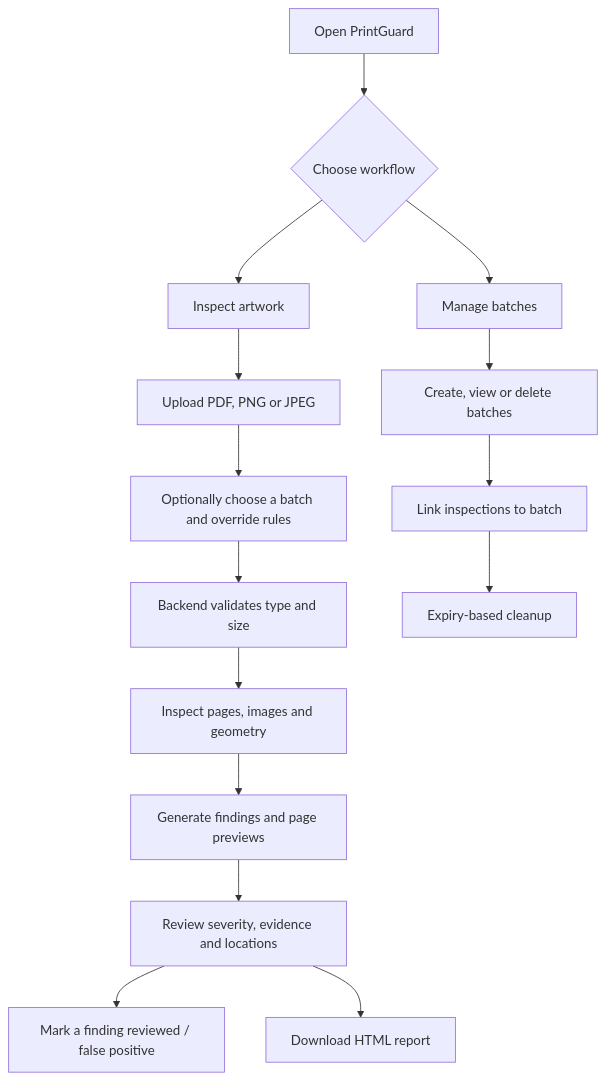
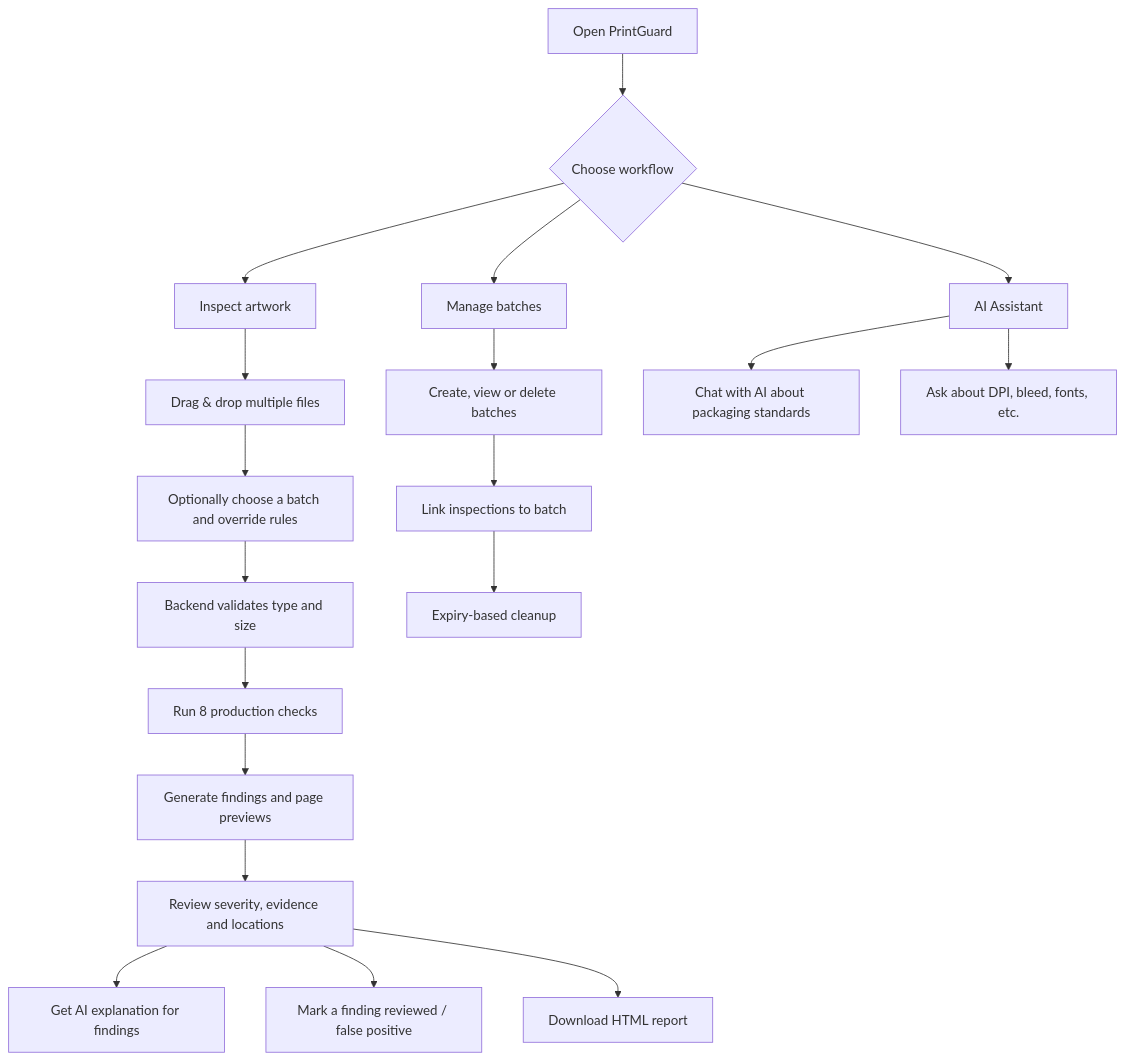
One commit to Manoj-Barki/Esko changed the first of 3 diagrams in README.md. Above: the diagram before and after it, drawn with Mermaid. The commit also changed other lines of this file, not shown here.

First line of the commit message:
docs: Update README with AI/RAG features and production checks

````diff
--- a/README.md
+++ b/README.md
@@ -33,17 +46,21 @@
 ```mermaid
 flowchart TD
     A[Open PrintGuard] --> B{Choose workflow}
     B --> C[Inspect artwork]
     B --> D[Manage batches]
-    C --> E[Upload PDF, PNG or JPEG]
-    E --> F[Optionally choose a batch and override rules]
-    F --> G[Backend validates type and size]
-    G --> H[Inspect pages, images and geometry]
-    H --> I[Generate findings and page previews]
-    I --> J[Review severity, evidence and locations]
-    J --> K[Mark a finding reviewed / false positive]
-    J --> L[Download HTML report]
-    D --> M[Create, view or delete batches]
-    M --> N[Link inspections to batch]
-    N --> O[Expiry-based cleanup]
+    B --> E[AI Assistant]
+    C --> F[Drag & drop multiple files]
+    F --> G[Optionally choose a batch and override rules]
+    G --> H[Backend validates type and size]
+    H --> I[Run 8 production checks]
+    I --> J[Generate findings and page previews]
+    J --> K[Review severity, evidence and locations]
+    K --> L[Get AI explanation for findings]
+    K --> M[Mark a finding reviewed / false positive]
+    K --> N[Download HTML report]
+    D --> O[Create, view or delete batches]
+    O --> P[Link inspections to batch]
+    P --> Q[Expiry-based cleanup]
+    E --> R[Chat with AI about packaging standards]
+    E --> S[Ask about DPI, bleed, fonts, etc.]
 ```
````
